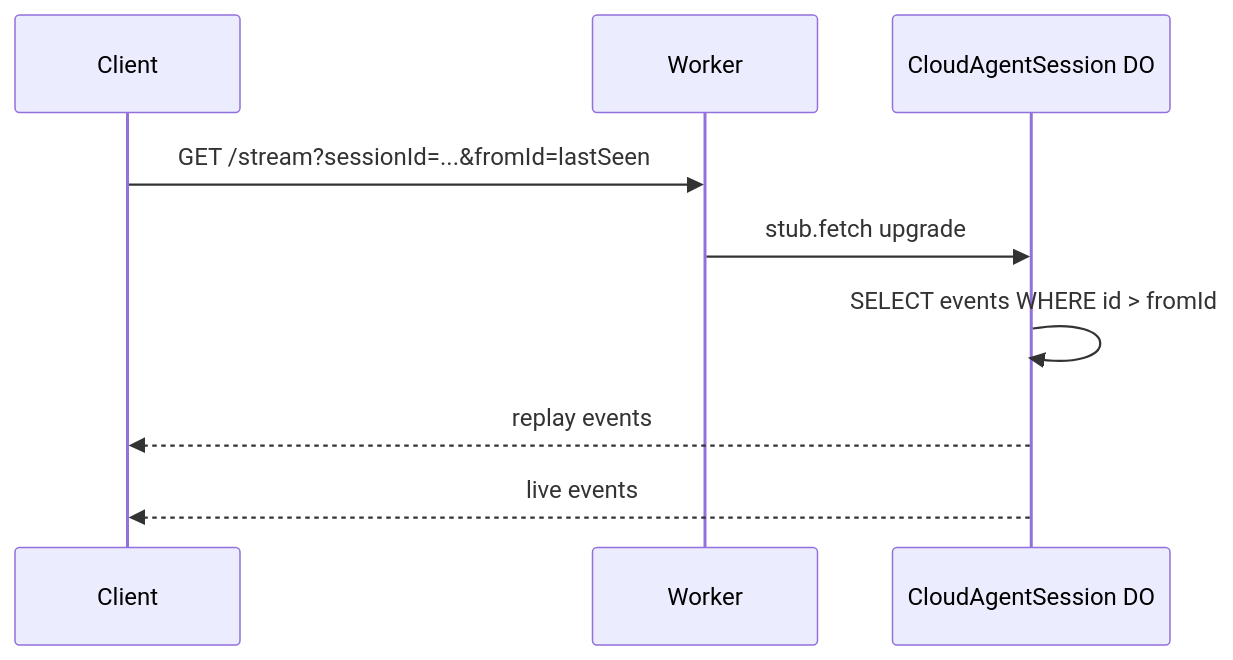
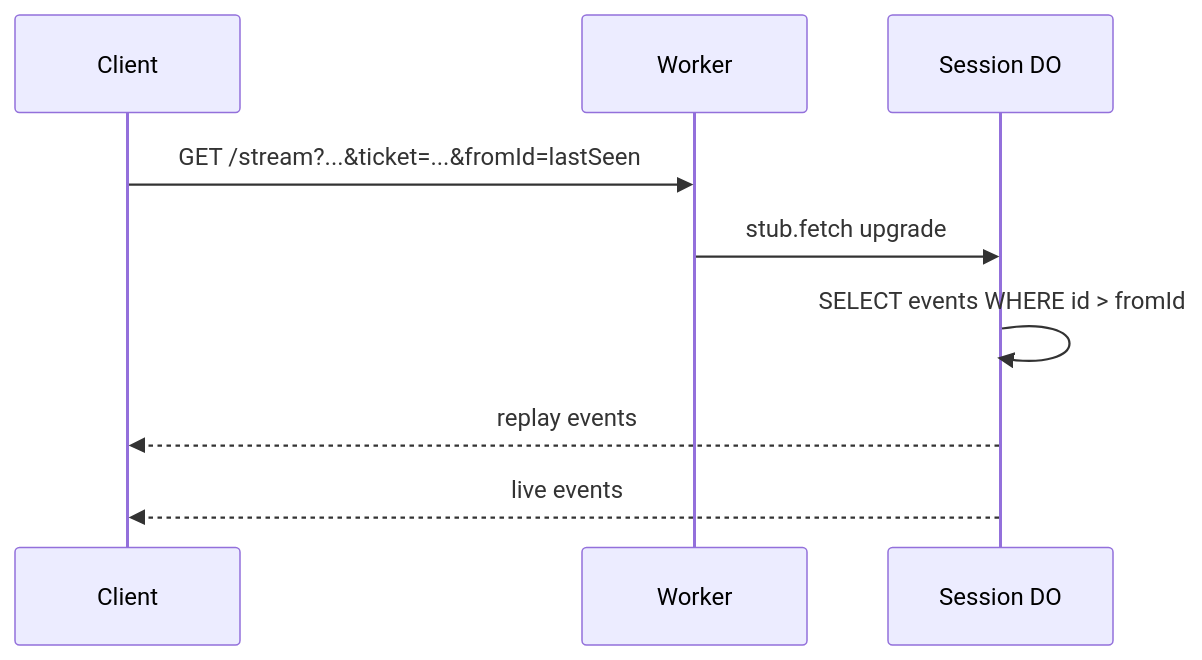
Before and after one commit to Kilo-Org/cloud: the fifth of 6 diagrams in services/cloud-agent-next/docs/diagrams.md, drawn with Mermaid. The commit also changed other lines of this file and 43 other files, not shown here.

First line of the commit message:
refactor(cloud-agent): unify session plane and remove legacy agent code

````diff
--- a/services/cloud-agent-next/docs/diagrams.md
+++ b/services/cloud-agent-next/docs/diagrams.md
@@ -156,12 +129,12 @@
 ```mermaid
 sequenceDiagram
   participant C as Client
   participant W as Worker
-  participant DO as CloudAgentSession DO
+  participant S as Session DO
 
-  C->>W: GET /stream?sessionId=...&fromId=lastSeen
-  W->>DO: stub.fetch upgrade
-  DO->>DO: SELECT events WHERE id > fromId
-  DO-->>C: replay events
-  DO-->>C: live events
+  C->>W: GET /stream?...&ticket=...&fromId=lastSeen
+  W->>S: stub.fetch upgrade
+  S->>S: SELECT events WHERE id > fromId
+  S-->>C: replay events
+  S-->>C: live events
 ```
````
